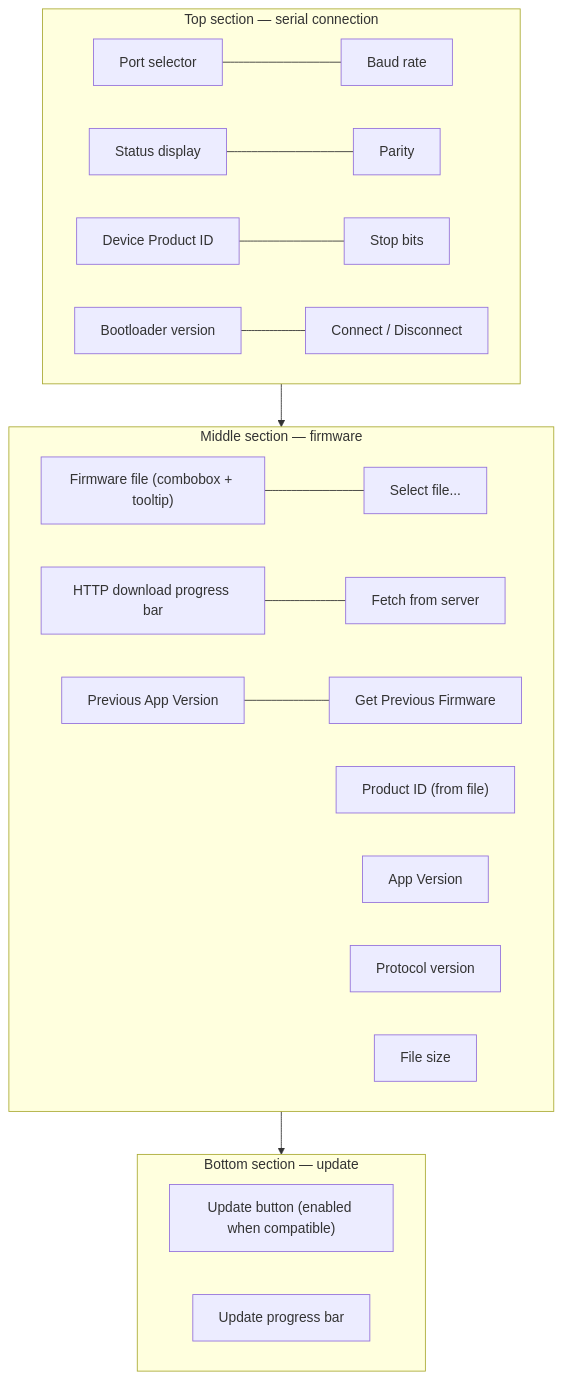
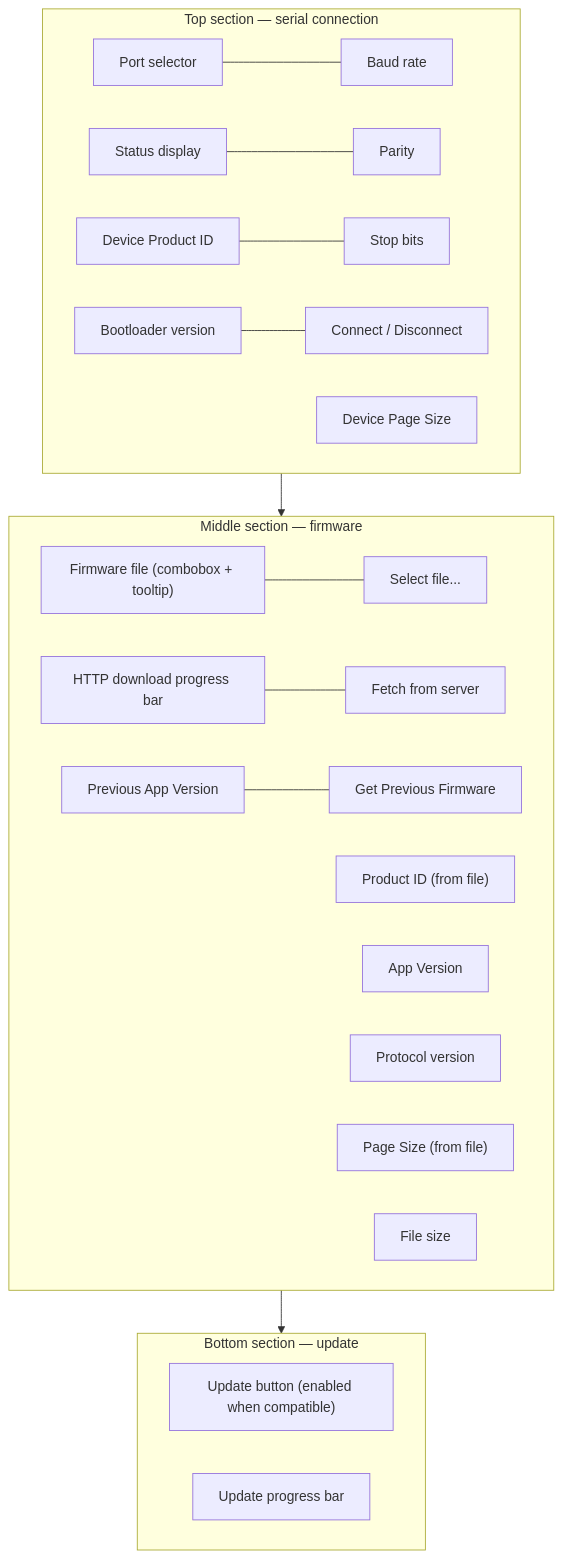
One commit to niwciu/SecureLoader changed the diagram in docs/USER_GUIDE.md. Above: the diagram before and after it, drawn with Mermaid. The commit also changed other lines of this file and 3 other files, not shown here.

First line of the commit message:
feat: add flash page size display and --debug flag for GUI

````diff
--- a/docs/USER_GUIDE.md
+++ b/docs/USER_GUIDE.md
@@ -377,26 +378,28 @@
 ```mermaid
 graph TD
     subgraph Top["Top section — serial connection"]
         Port["Port selector"] --- Baud["Baud rate"]
         Status["Status display"] --- Parity["Parity"]
         PID_dev["Device Product ID"] --- StopBits["Stop bits"]
         BLVer["Bootloader version"] --- ConnBtn["Connect / Disconnect"]
+        PageSize_dev["Device Page Size"]
     end
 
     subgraph Middle["Middle section — firmware"]
         FileBox["Firmware file (combobox + tooltip)"] --- SelectBtn["Select file..."]
         HTTPBar["HTTP download progress bar"] --- FetchBtn["Fetch from server"]
         PID_fw["Product ID (from file)"]
         AppVer["App Version"]
         PrevVer["Previous App Version"] --- PrevBtn["Get Previous Firmware"]
         Protocol["Protocol version"]
+        PageSize_fw["Page Size (from file)"]
         Size["File size"]
     end
 
     subgraph Bottom["Bottom section — update"]
         UpdateBtn["Update button (enabled when compatible)"]
         Progress["Update progress bar"]
     end
 
     Top --> Middle --> Bottom
 ```
````
